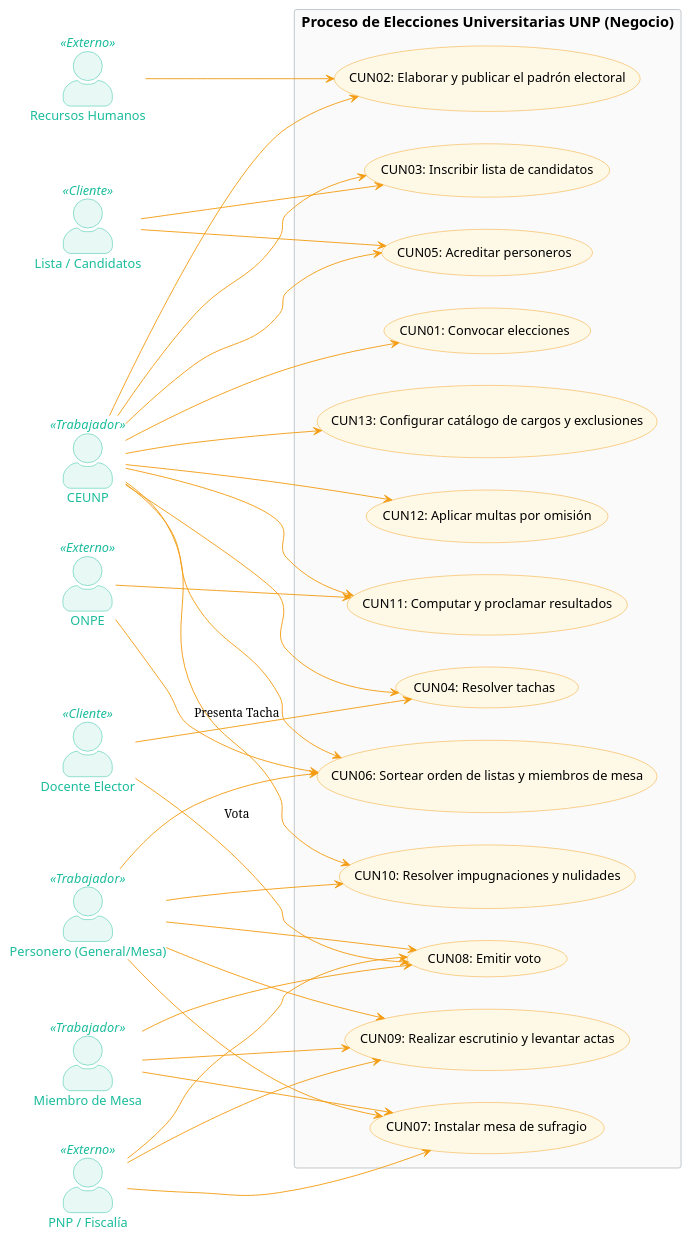
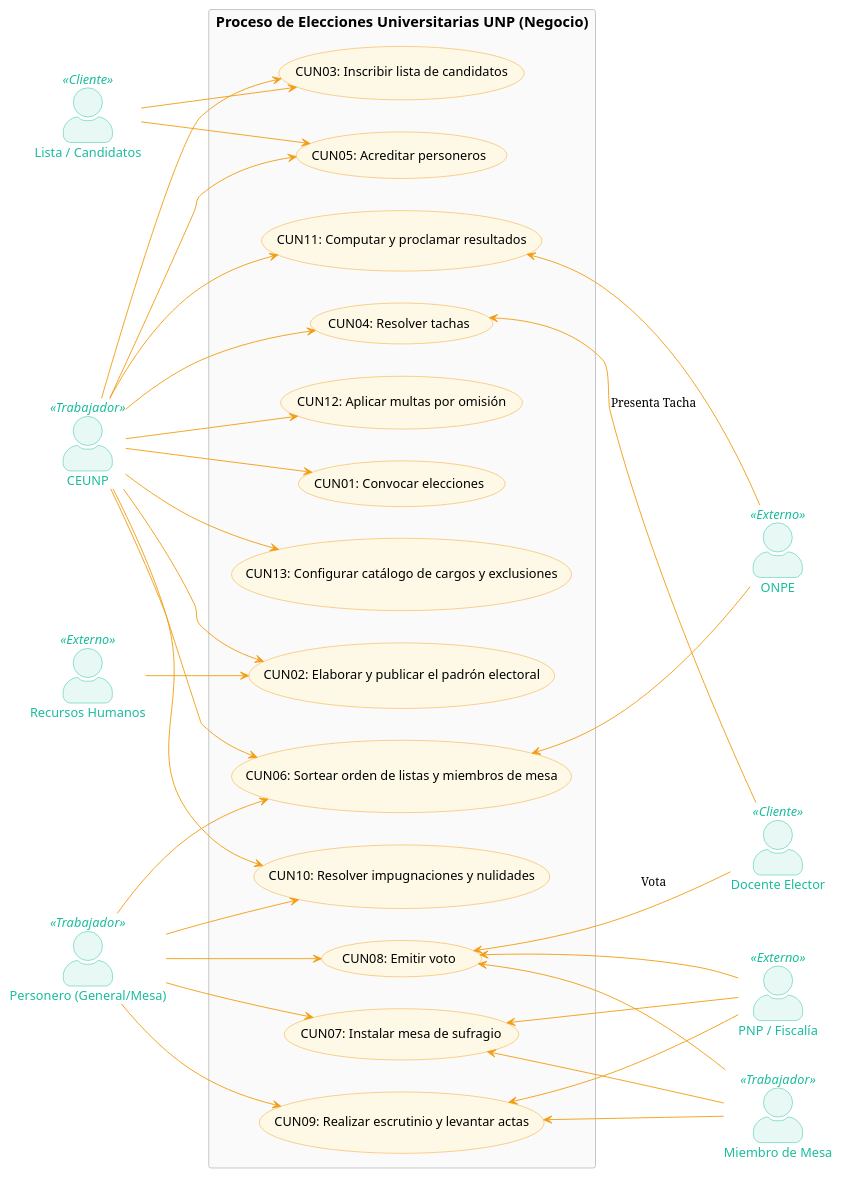
The diagram in diagramas/diagrama_casos_uso_negocio.puml (LeandroUniversitario/sistemaDeVotacionesUnp), drawn with PlantUML before and after one commit. The commit also changed 11 other files, not shown here.

```diff
--- a/diagramas/diagrama_casos_uso_negocio.puml
+++ b/diagramas/diagrama_casos_uso_negocio.puml
@@ -1,115 +1,119 @@
 @startuml Diagrama_Casos_Uso_Negocio
 left to right direction
 skinparam actorStyle awesome
 skinparam packageStyle rectangle
 skinparam backgroundcolor transparent
 
 ' Estilos para Casos de Uso del Negocio (CUN)
 ' Se usa un color diferente al del sistema para distinguirlos visualmente
 skinparam usecase {
     BackgroundColor #FEF9E7
     BorderColor #F39C12
     FontName Helvetica
     FontSize 14
     ArrowColor #F39C12
 }
 
 ' Estilos para Actores y Trabajadores del Negocio
 skinparam actor {
     BackgroundColor #E8F8F5
     BorderColor #1ABC9C
     FontName Helvetica
     FontSize 14
     FontColor #1ABC9C
 }
 
 skinparam rectangle {
     BackgroundColor #FAFAFA
     BorderColor #BDC3C7
     FontName Helvetica
     FontSize 16
     FontStyle bold
 }
 
 ' ==========================================
 ' ACTORES Y TRABAJADORES DEL NEGOCIO
 ' ==========================================
 actor "CEUNP" as ceunp <<Trabajador>>
 actor "Docente Elector" as elector <<Cliente>>
 actor "Lista / Candidatos" as lista <<Cliente>>
 actor "Personero (General/Mesa)" as personero <<Trabajador>>
 actor "Miembro de Mesa" as miembro <<Trabajador>>
 
 ' Actores Externos (Instituciones)
 actor "Recursos Humanos" as rrhh <<Externo>>
 actor "ONPE" as onpe <<Externo>>
 actor "PNP / Fiscalía" as pnp <<Externo>>
 
 ' ==========================================
 ' CASOS DE USO DEL NEGOCIO (CUN)
 ' ==========================================
 rectangle "Proceso de Elecciones Universitarias UNP (Negocio)" {
     usecase "CUN01: Convocar elecciones" as CUN01
     usecase "CUN13: Configurar catálogo de cargos y exclusiones" as CUN13
     usecase "CUN02: Elaborar y publicar el padrón electoral" as CUN02
     usecase "CUN03: Inscribir lista de candidatos" as CUN03
     usecase "CUN04: Resolver tachas" as CUN04
     usecase "CUN05: Acreditar personeros" as CUN05
     usecase "CUN06: Sortear orden de listas y miembros de mesa" as CUN06
     usecase "CUN07: Instalar mesa de sufragio" as CUN07
     usecase "CUN08: Emitir voto" as CUN08
     usecase "CUN09: Realizar escrutinio y levantar actas" as CUN09
     usecase "CUN10: Resolver impugnaciones y nulidades" as CUN10
     usecase "CUN11: Computar y proclamar resultados" as CUN11
     usecase "CUN12: Aplicar multas por omisión" as CUN12
 }
 
 ' ==========================================
 ' RELACIONES
 ' ==========================================
 
+' --- ACTORES A LA IZQUIERDA ---
+
 ' CEUNP participa en casi toda la gestión y resolución
 ceunp --> CUN01
 ceunp --> CUN13
 ceunp --> CUN02
 ceunp --> CUN03
 ceunp --> CUN04
 ceunp --> CUN05
 ceunp --> CUN06
 ceunp --> CUN10
 ceunp --> CUN11
 ceunp --> CUN12
 
-' Recursos Humanos provee datos
-rrhh --> CUN02
-
-' ONPE asesora
-onpe --> CUN06
-onpe --> CUN11
-
-' PNP da seguridad
-pnp --> CUN07
-pnp --> CUN08
-pnp --> CUN09
-
 ' Listas y Candidatos
 lista --> CUN03
+lista --> CUN05
 
 ' Personeros fiscalizan
-lista --> CUN05
 personero --> CUN06
 personero --> CUN07
 personero --> CUN08
 personero --> CUN09
 personero --> CUN10
 
+' Recursos Humanos provee datos
+rrhh --> CUN02
+
+' --- ACTORES A LA DERECHA ---
+
+' ONPE asesora
+CUN06 <-- onpe
+CUN11 <-- onpe
+
+' PNP da seguridad
+CUN07 <-- pnp
+CUN08 <-- pnp
+CUN09 <-- pnp
+
 ' Docente Elector
-elector --> CUN04 : "Presenta Tacha"
-elector --> CUN08 : "Vota"
+CUN04 <-- elector : "Presenta Tacha"
+CUN08 <-- elector : "Vota"
 
 ' Miembros de Mesa ejecutan el día de la elección
-miembro --> CUN07
-miembro --> CUN08
-miembro --> CUN09
+CUN07 <-- miembro
+CUN08 <-- miembro
+CUN09 <-- miembro
 
 @enduml
```
